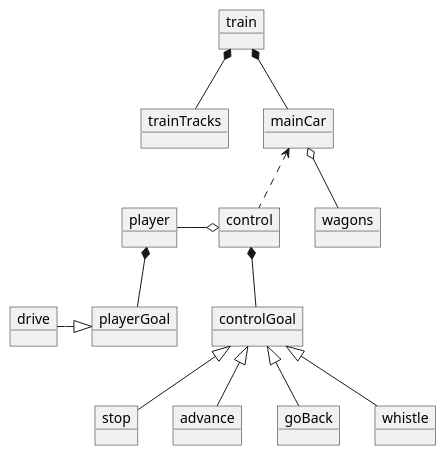
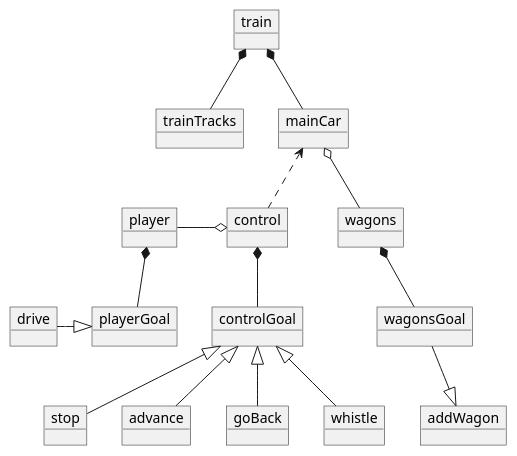
Before and after one commit to ederramos01/01-train: the diagram in docs/train-diagram.puml, drawn with PlantUML.

Commit message:
Adding wagonsGoal

```diff
--- a/docs/train-diagram.puml
+++ b/docs/train-diagram.puml
@@ -1,37 +1,42 @@
 @startuml trainModel
 
     object train
     object trainTracks
     object mainCar
 
     object wagons
+    object wagonsGoal
+    object addWagon
     object control
     object controlGoal
     object stop
     object advance
     object goBack
     object whistle
     object player
     object playerGoal
     object drive
 
     train *-- mainCar
     
     mainCar o-- wagons
     mainCar <.. control
     
     train *-- trainTracks
 
+    wagons *-- wagonsGoal
+    wagonsGoal --|> addWagon
+
     player *-- playerGoal
     drive -right-|> playerGoal
 
     control o-left- player
     control *-- controlGoal
     controlGoal <|-- stop
     controlGoal <|-- advance
     controlGoal <|-- goBack
     controlGoal <|-- whistle
 
     
 
 @enduml
```
